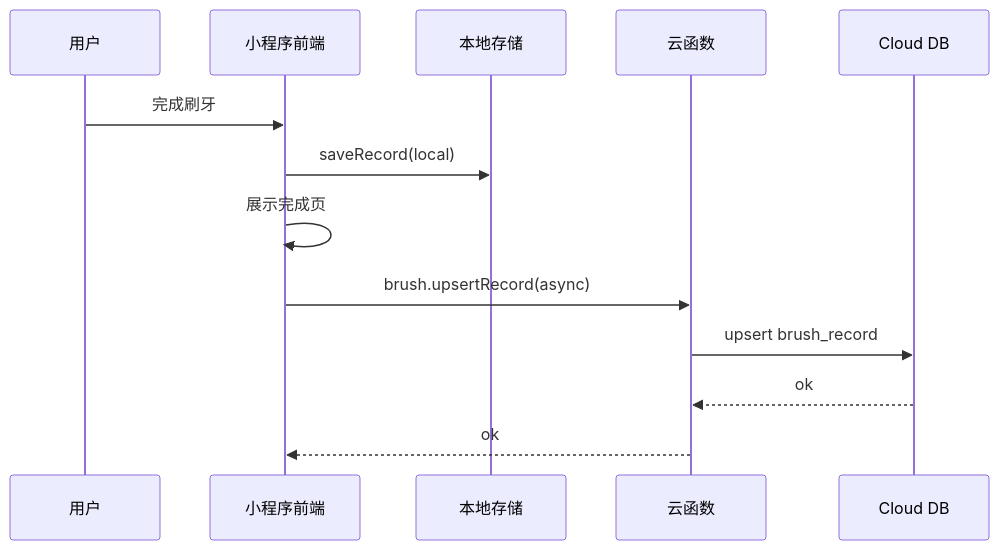
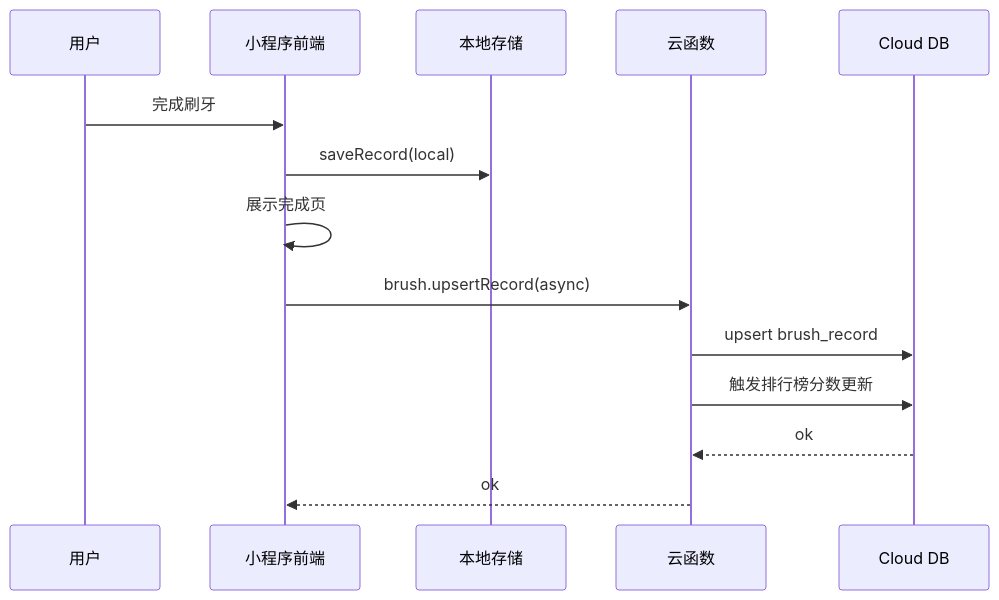
Before and after one commit to caterpi11ar/dentic: the second of 3 diagrams in docs/tech/wechat-miniapp-kids-brushing-technical-design.md, drawn with Mermaid. The commit also changed other lines of this file and 1 other file, not shown here.

````diff
--- a/docs/tech/wechat-miniapp-kids-brushing-technical-design.md
+++ b/docs/tech/wechat-miniapp-kids-brushing-technical-design.md
@@ -256,16 +269,17 @@
 ```mermaid
 sequenceDiagram
   participant U as 用户
   participant FE as 小程序前端
   participant LS as 本地存储
   participant CF as 云函数
   participant DB as Cloud DB
 
   U->>FE: 完成刷牙
   FE->>LS: saveRecord(local)
   FE->>FE: 展示完成页
   FE->>CF: brush.upsertRecord(async)
   CF->>DB: upsert brush_record
+  CF->>DB: 触发排行榜分数更新
   DB-->>CF: ok
   CF-->>FE: ok
 ```
````
